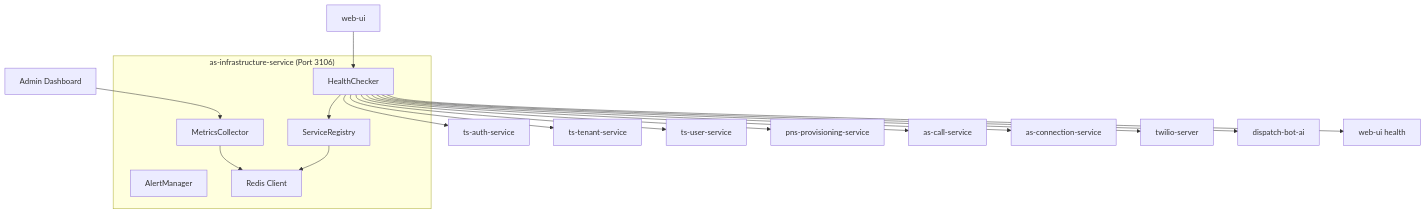
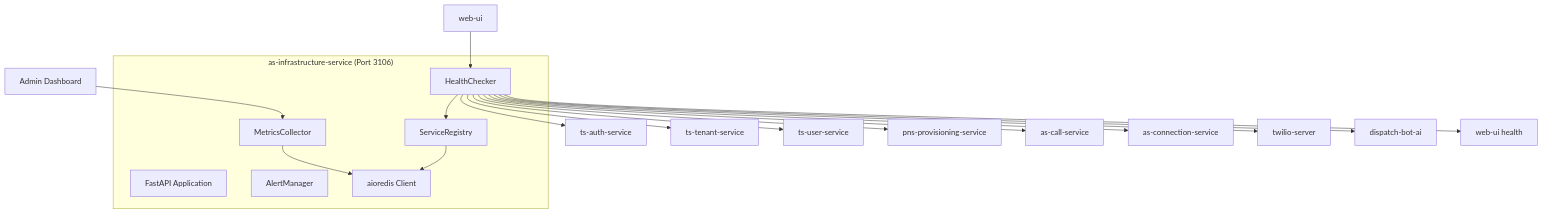
Before and after one commit to kyoungd/nevermisscall: the diagram in docs/services/phase-1/as-infrastructure-service.md, drawn with Mermaid. The commit also changed other lines of this file and 39 other files, not shown here.

````diff
--- a/docs/services/phase-1/as-infrastructure-service.md
+++ b/docs/services/phase-1/as-infrastructure-service.md
@@ -38,27 +39,28 @@
 ```mermaid
 graph TB
     subgraph "as-infrastructure-service (Port 3106)"
+        FastAPIApp[FastAPI Application]
         HealthChecker[HealthChecker]
         MetricsCollector[MetricsCollector]
         ServiceRegistry[ServiceRegistry]
         AlertManager[AlertManager]
-        RedisClient[Redis Client]
+        RedisClient[aioredis Client]
     end
     
     WebUI[web-ui] --> HealthChecker
     AdminDash[Admin Dashboard] --> MetricsCollector
     
     HealthChecker --> TSAuth[ts-auth-service]
     HealthChecker --> TSTenant[ts-tenant-service]
     HealthChecker --> TSUser[ts-user-service]
     HealthChecker --> PNSProvision[pns-provisioning-service]
     HealthChecker --> ASCall[as-call-service]
     HealthChecker --> ASConnection[as-connection-service]
     HealthChecker --> TwilioServer[twilio-server]
     HealthChecker --> DispatchAI[dispatch-bot-ai]
     HealthChecker --> WebUIHealth[web-ui health]
     
     HealthChecker --> ServiceRegistry
     MetricsCollector --> RedisClient
     ServiceRegistry --> RedisClient
 ```
````
